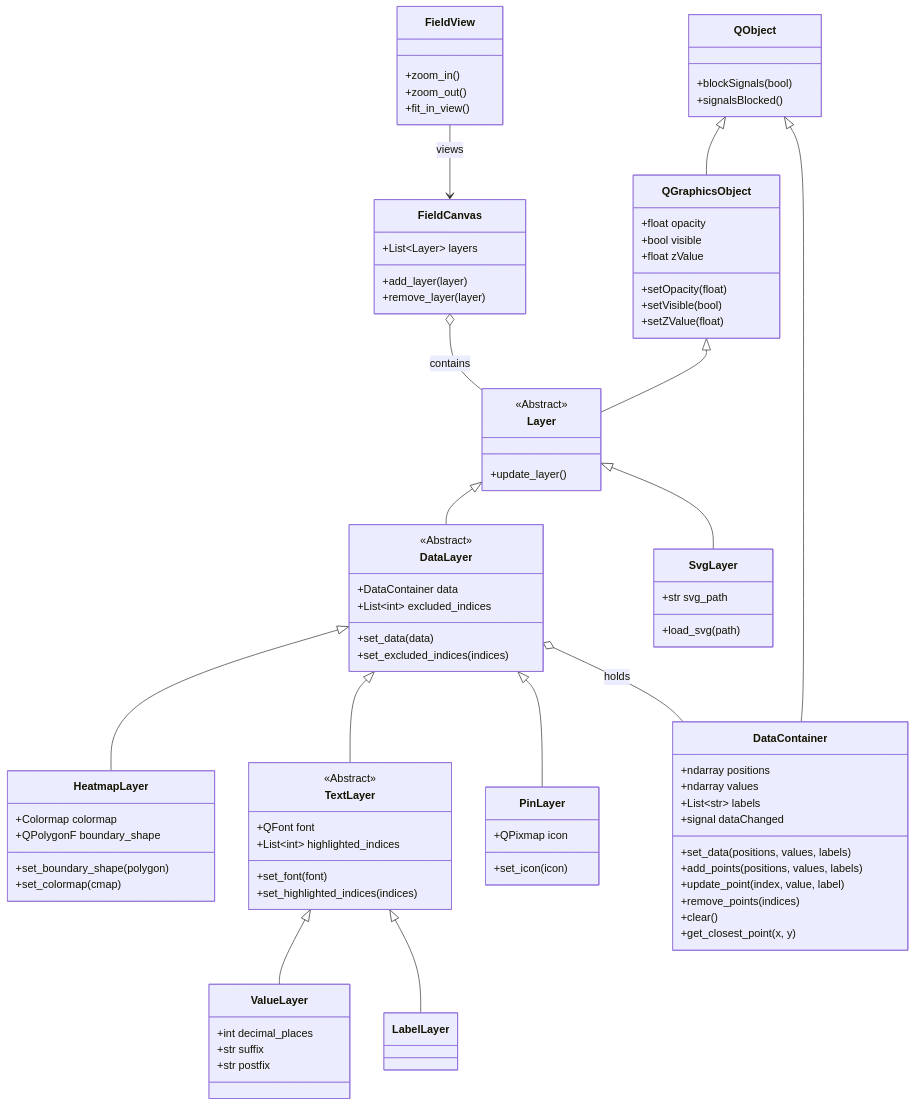
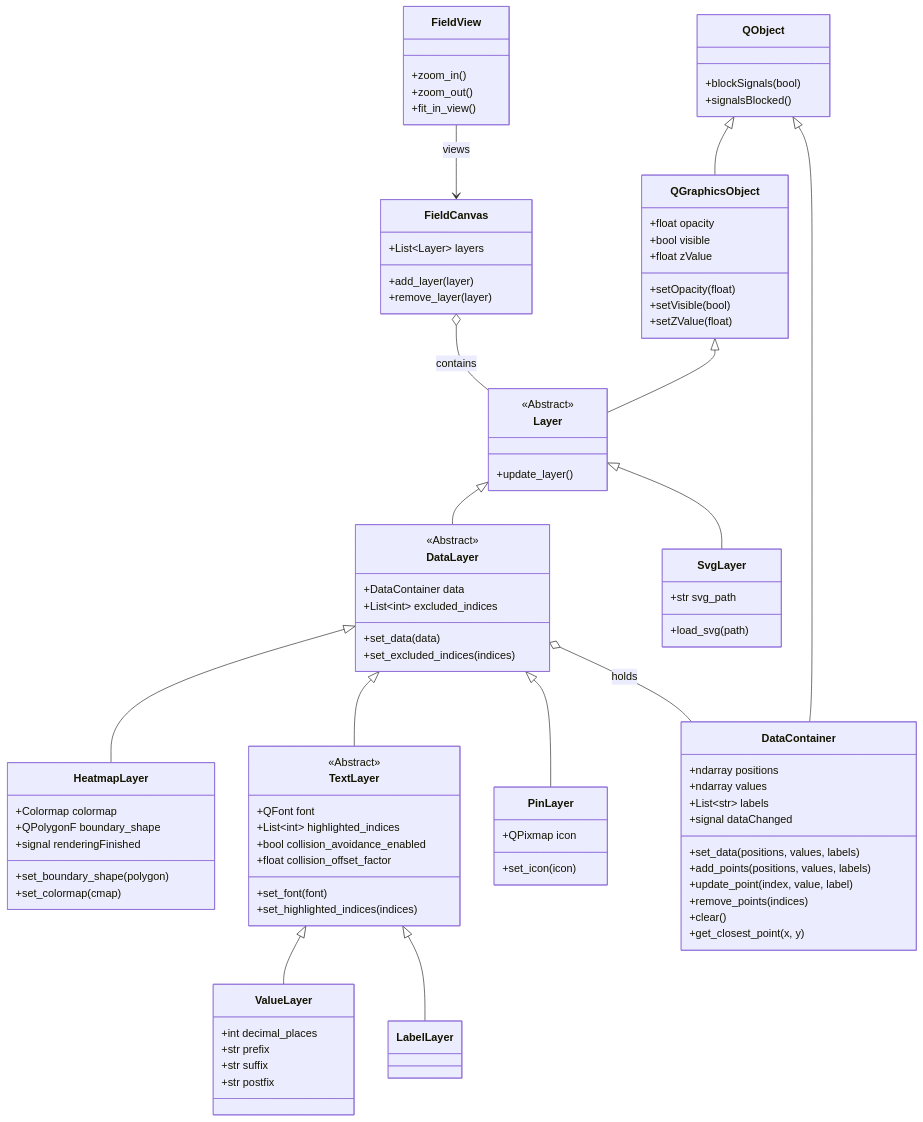
Before and after one commit to donghoonpark/FieldView: the diagram in antigravity.md, drawn with Mermaid. The commit also changed other lines of this file and 2 other files, not shown here.

Commit message:
Fix tests, update docs, and prep for release

```diff
--- a/antigravity.md
+++ b/antigravity.md
@@ -153,6 +153,7 @@
     class HeatmapLayer {
         +Colormap colormap
         +QPolygonF boundary_shape
+        +signal renderingFinished
         +set_boundary_shape(polygon)
         +set_colormap(cmap)
     }
@@ -164,11 +165,14 @@
         <<Abstract>>
         +QFont font
         +List~int~ highlighted_indices
+        +bool collision_avoidance_enabled
+        +float collision_offset_factor
         +set_font(font)
         +set_highlighted_indices(indices)
     }
     class ValueLayer {
         +int decimal_places
+        +str prefix
         +str suffix
         +str postfix
     }
```
